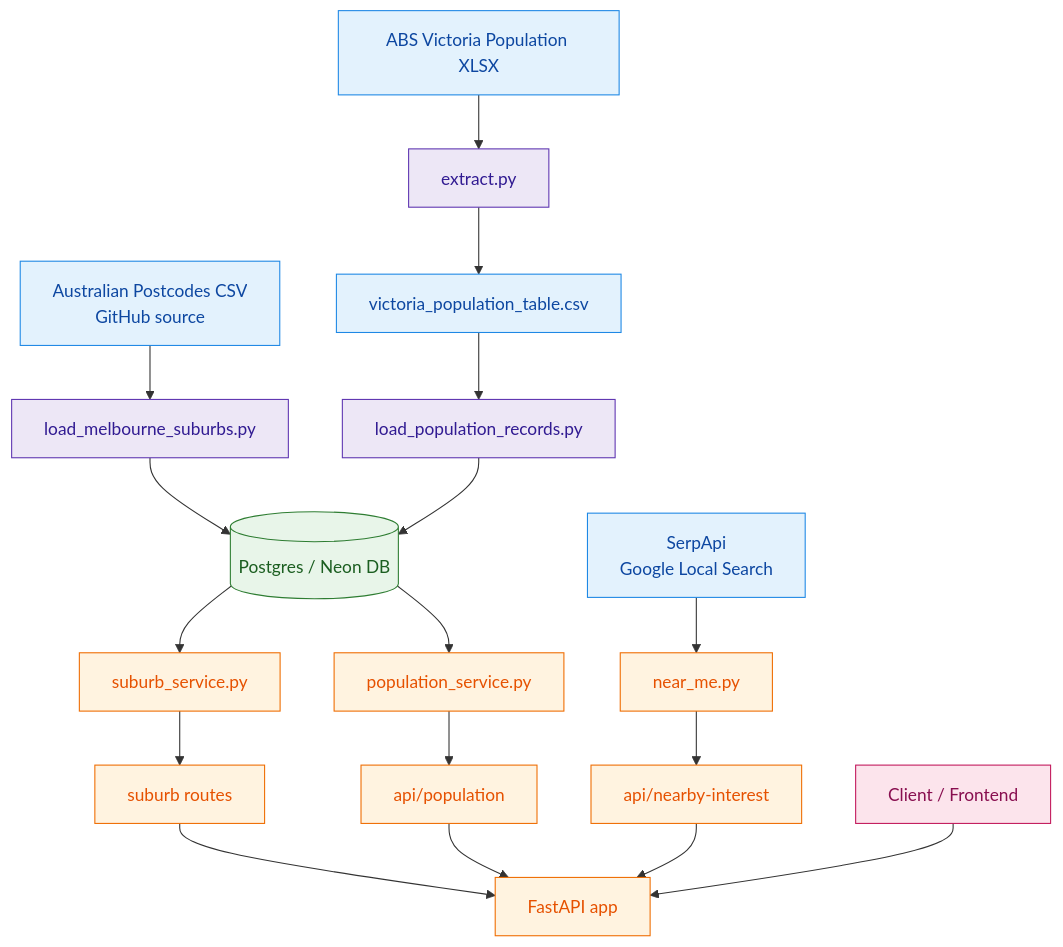
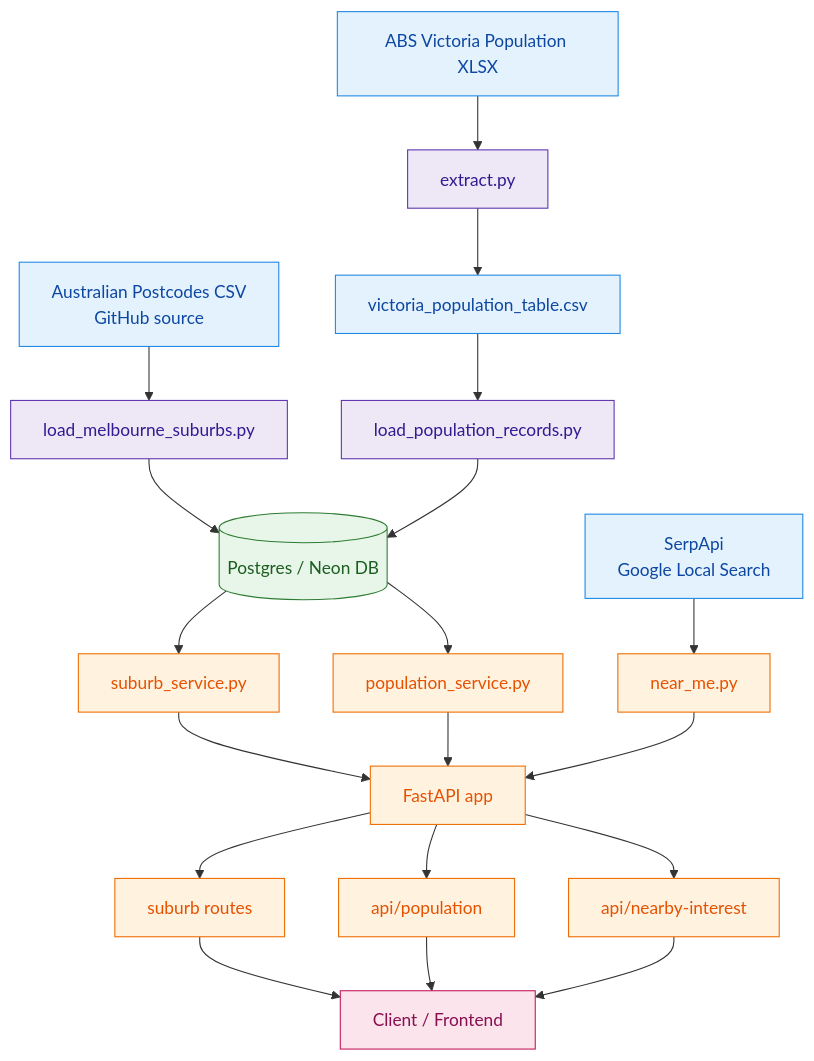
The diagram in README.md (nauqh/minuri-server), drawn with Mermaid before and after one commit.

Commit message:
update(README): add data flow section

````diff
--- a/README.md
+++ b/README.md
@@ -121,35 +121,37 @@
 ```mermaid
 flowchart TD
     A1[Australian Postcodes CSV<br/>GitHub source] --> B1[load_melbourne_suburbs.py]
     A2[ABS Victoria Population XLSX] --> B2[extract.py]
     B2 --> A3[victoria_population_table.csv]
     A3 --> B3[load_population_records.py]
 
     B1 --> DB[(Postgres / Neon DB)]
     B3 --> DB
 
     DB --> S1[suburb_service.py]
     DB --> S2[population_service.py]
     A4[SerpApi<br/>Google Local Search] --> S3[near_me.py]
 
-    S1 --> R1[suburb routes]
-    S2 --> R2[api/population]
-    S3 --> R3[api/nearby-interest]
-    R1 --> API[FastAPI app]
-    R2 --> API
-    R3 --> API
+    S1 --> API[FastAPI app]
+    S2 --> API
+    S3 --> API
 
-    U[Client / Frontend] --> API
+    API --> R1[suburb routes]
+    API --> R2[api/population]
+    API --> R3[api/nearby-interest]
+    R1 --> U[Client / Frontend]
+    R2 --> U
+    R3 --> U
 
     classDef source fill:#e3f2fd,stroke:#1e88e5,color:#0d47a1;
     classDef etl fill:#ede7f6,stroke:#5e35b1,color:#311b92;
     classDef db fill:#e8f5e9,stroke:#2e7d32,color:#1b5e20;
     classDef serve fill:#fff3e0,stroke:#ef6c00,color:#e65100;
     classDef client fill:#fce4ec,stroke:#c2185b,color:#880e4f;
 
     class A1,A2,A3,A4 source;
     class B1,B2,B3 etl;
     class DB db;
     class S1,S2,S3,R1,R2,R3,API serve;
     class U client;
 ```
````
